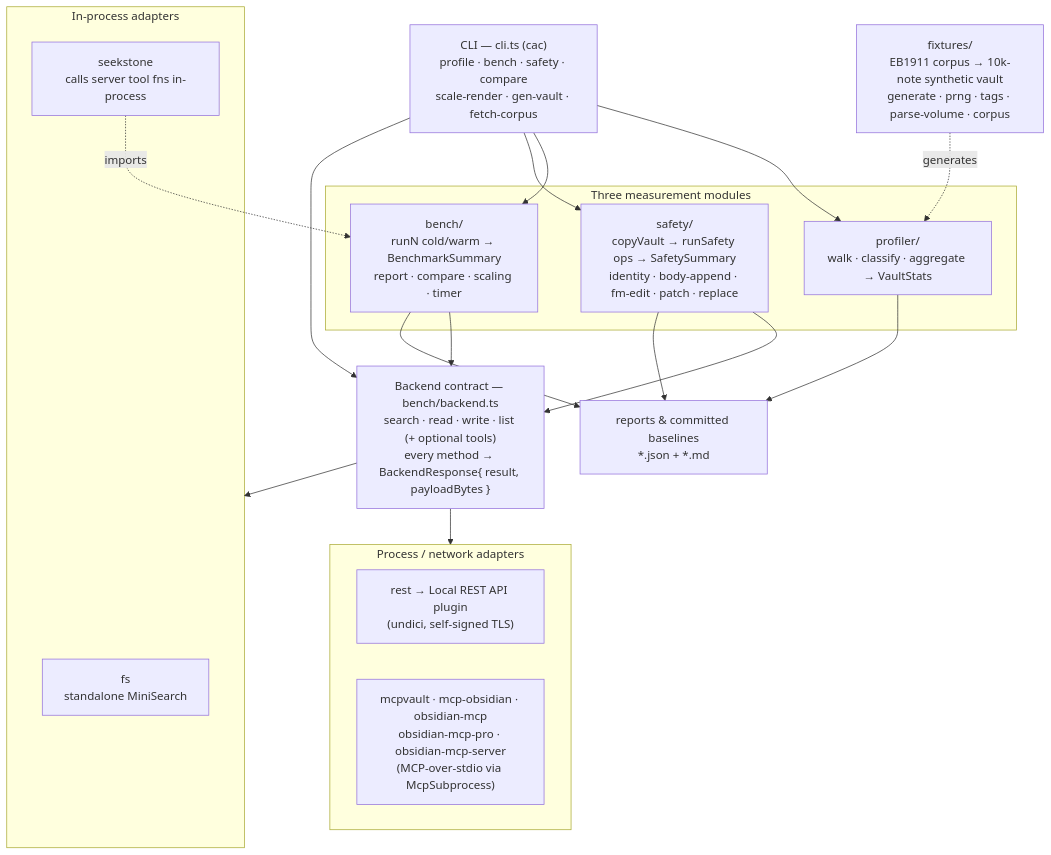
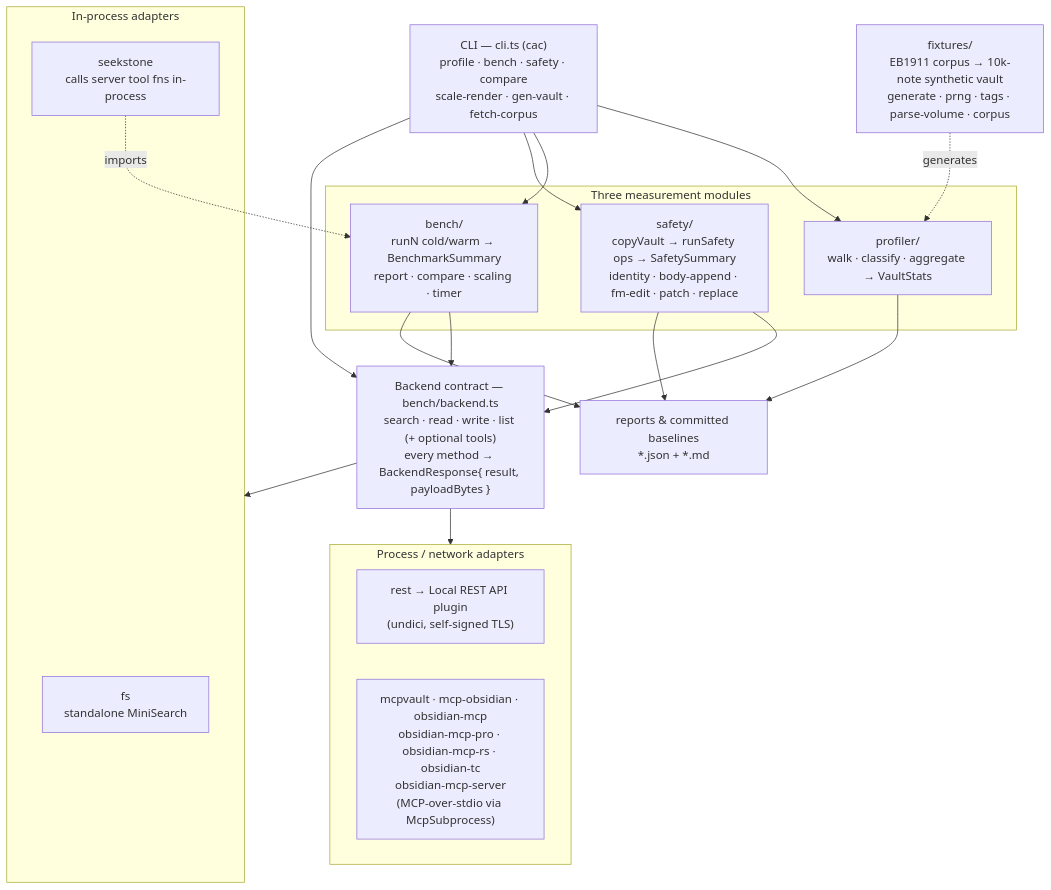
One commit to shaqmughal/seekstone changed the fourth of 5 diagrams in docs/ARCHITECTURE.md. Above: the diagram before and after it, drawn with Mermaid. The commit also changed 20 other files, not shown here.

First line of the commit message:
feat(harness): add obsidian-mcp-rs and obsidian-tc bench adapters (SHA-255) (#212)

````diff
--- a/docs/ARCHITECTURE.md
+++ b/docs/ARCHITECTURE.md
@@ -184,38 +184,38 @@
 ```mermaid
 flowchart TD
     cli["CLI — cli.ts (cac)<br/>profile · bench · safety · compare<br/>scale-render · gen-vault · fetch-corpus"]
 
     backend["Backend contract — bench/backend.ts<br/>search · read · write · list (+ optional tools)<br/>every method → BackendResponse{ result, payloadBytes }"]
 
     subgraph inproc["In-process adapters"]
         fs["fs<br/>standalone MiniSearch"]
         seek["seekstone<br/>calls server tool fns in-process"]
     end
     subgraph extern["Process / network adapters"]
         rest["rest → Local REST API plugin<br/>(undici, self-signed TLS)"]
-        mcp["mcpvault · mcp-obsidian · obsidian-mcp<br/>obsidian-mcp-pro · obsidian-mcp-server<br/>(MCP-over-stdio via McpSubprocess)"]
+        mcp["mcpvault · mcp-obsidian · obsidian-mcp<br/>obsidian-mcp-pro · obsidian-mcp-rs · obsidian-tc<br/>obsidian-mcp-server<br/>(MCP-over-stdio via McpSubprocess)"]
     end
 
     subgraph modules["Three measurement modules"]
         profiler["profiler/<br/>walk · classify · aggregate → VaultStats"]
         bench["bench/<br/>runN cold/warm → BenchmarkSummary<br/>report · compare · scaling · timer"]
         safety["safety/<br/>copyVault → runSafety ops → SafetySummary<br/>identity · body-append · fm-edit · patch · replace"]
     end
 
     fixtures["fixtures/<br/>EB1911 corpus → 10k-note synthetic vault<br/>generate · prng · tags · parse-volume · corpus"]
     reports["reports & committed baselines<br/>*.json + *.md"]
 
     cli --> profiler
     cli --> bench
     cli --> safety
     cli --> backend
     backend --> inproc
     backend --> extern
     bench --> backend
     safety --> backend
     bench --> reports
     safety --> reports
     profiler --> reports
     fixtures -. generates .-> profiler
     seek -. imports .-> bench
 ```
````
